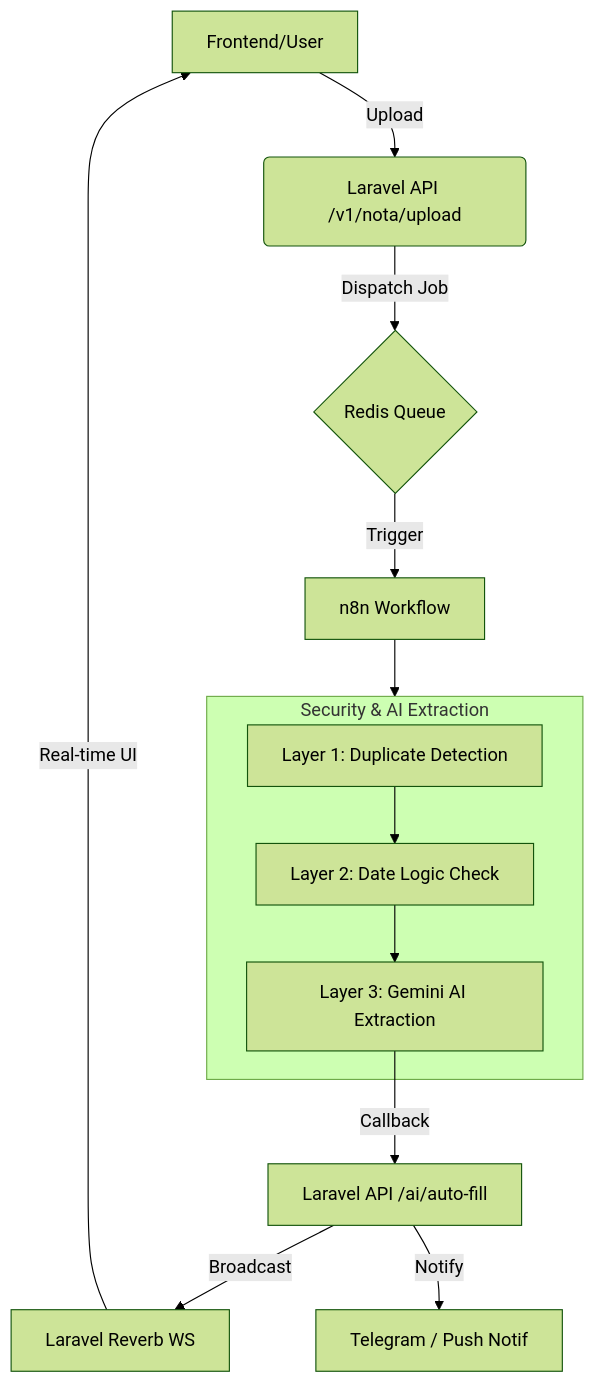
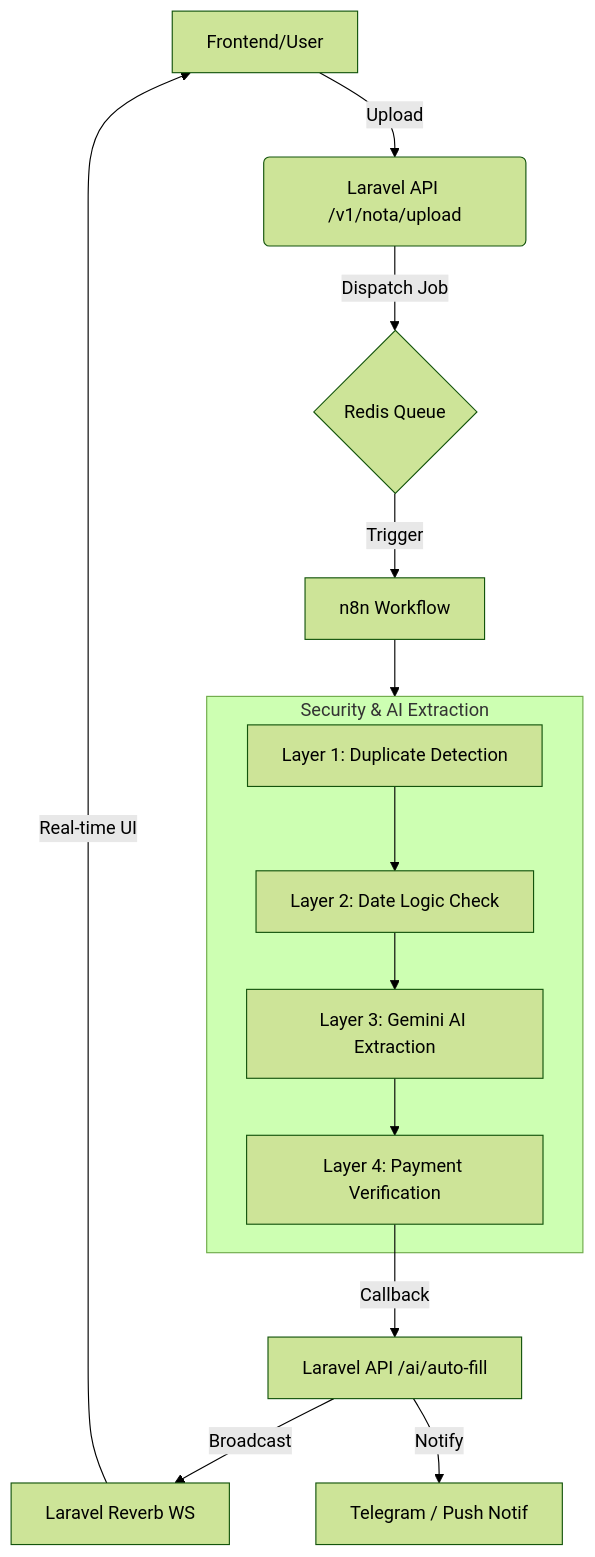
One commit to YofhiFauda/Admin-Payment changed the diagram in README.md. Above: the diagram before and after it, drawn with Mermaid (forest theme). The commit also changed other lines of this file and 28 other files, not shown here.

````diff
--- a/README.md
+++ b/README.md
@@ -77,17 +78,18 @@
 ```mermaid
 graph TD
     A[Frontend/User] -->|Upload| B(Laravel API /v1/nota/upload)
     B -->|Dispatch Job| C{Redis Queue}
     C -->|Trigger| D[n8n Workflow]
     
     subgraph n8n_Logic [Security & AI Extraction]
         D1[Layer 1: Duplicate Detection] --> D2[Layer 2: Date Logic Check]
         D2 --> D3[Layer 3: Gemini AI Extraction]
+        D3 --> D4[Layer 4: Payment Verification]
     end
     
     D --> n8n_Logic
-    D3 -->|Callback| E[Laravel API /ai/auto-fill]
+    D4 -->|Callback| E[Laravel API /ai/auto-fill]
     E -->|Broadcast| F[Laravel Reverb WS]
     F -->|Real-time UI| A
     E -->|Notify| G[Telegram / Push Notif]
 ```
````
